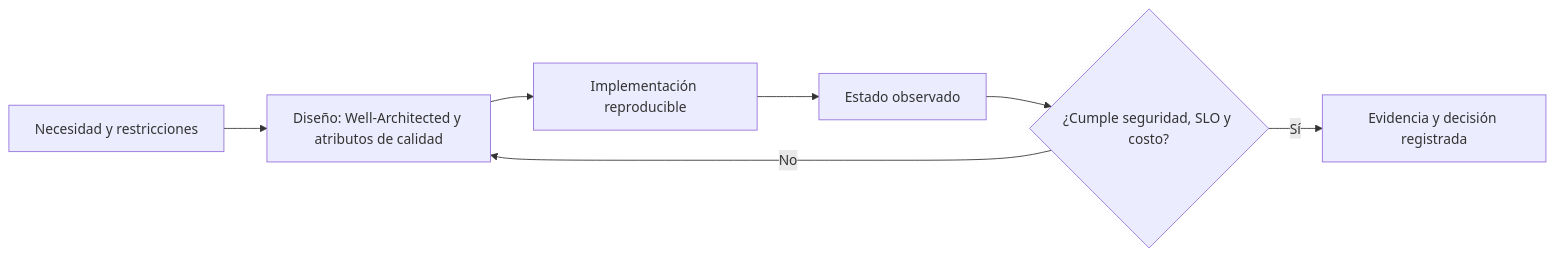
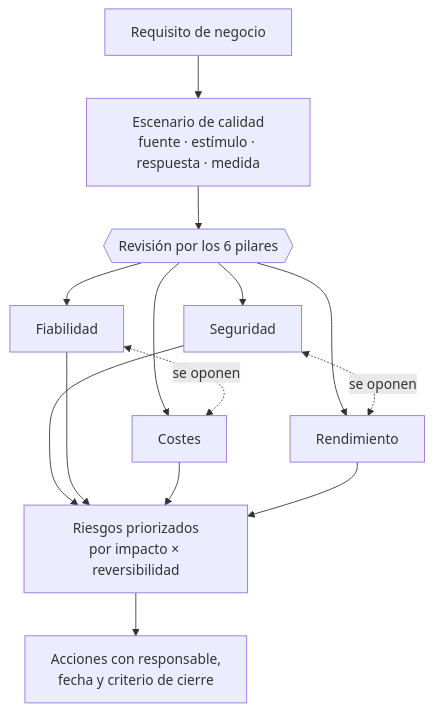
One commit to vladimiracunadev-create/multi-cloud-engineering-program changed the diagram in classes/part-01-cloud-principles-strategy-adoption/021-well-architected-y-atributos-de-calidad/README.md. Above: the diagram before and after it, drawn with Mermaid. The commit also changed other lines of this file and 42 other files, not shown here.

````diff
--- a/classes/part-01-cloud-principles-strategy-adoption/021-well-architected-y-atributos-de-calidad/README.md
+++ b/classes/part-01-cloud-principles-strategy-adoption/021-well-architected-y-atributos-de-calidad/README.md
@@ -46,9 +44,16 @@
 ```mermaid
-flowchart LR
-    A["Necesidad y restricciones"] --> B["Diseño: Well-Architected y atributos de calidad"]
-    B --> C["Implementación reproducible"]
-    C --> D["Estado observado"]
-    D --> E{"¿Cumple seguridad, SLO y costo?"}
-    E -- "No" --> B
-    E -- "Sí" --> F["Evidencia y decisión registrada"]
+flowchart TB
+    R["Requisito de negocio"] --> E["Escenario de calidad<br/>fuente · estímulo · respuesta · medida"]
+    E --> P{{"Revisión por los 6 pilares"}}
+    P --> S["Seguridad"]
+    P --> F["Fiabilidad"]
+    P --> C["Costes"]
+    P --> D["Rendimiento"]
+    S <-.->|"se oponen"| D
+    F <-.->|"se oponen"| C
+    S --> H["Riesgos priorizados<br/>por impacto × reversibilidad"]
+    F --> H
+    C --> H
+    D --> H
+    H --> A["Acciones con responsable,<br/>fecha y criterio de cierre"]
 ```
````
